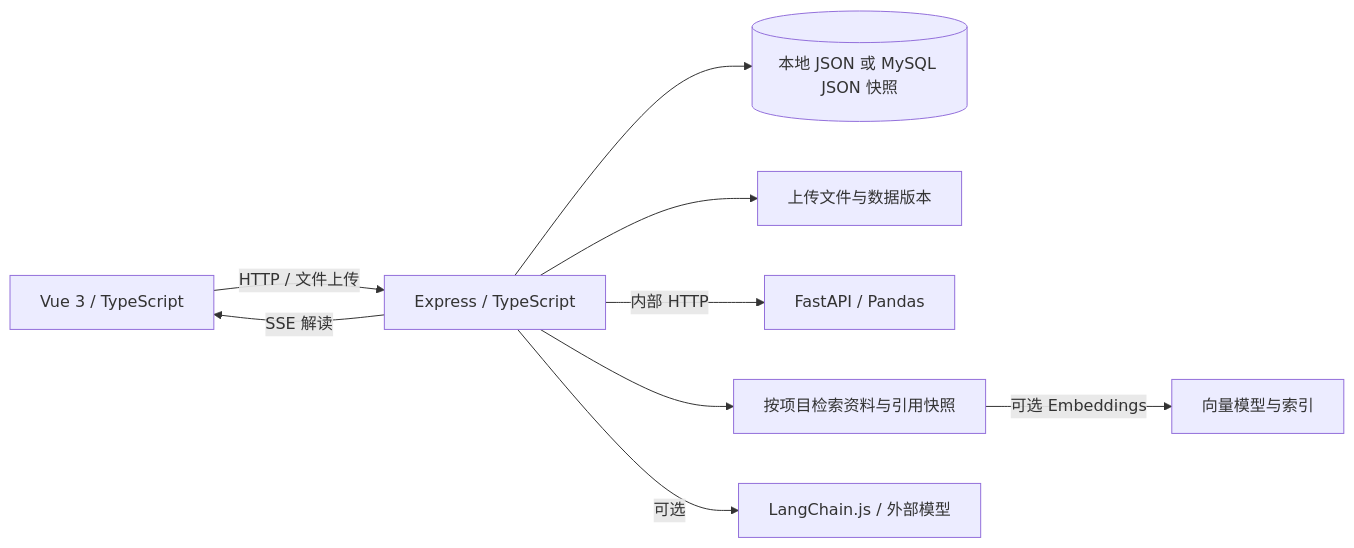
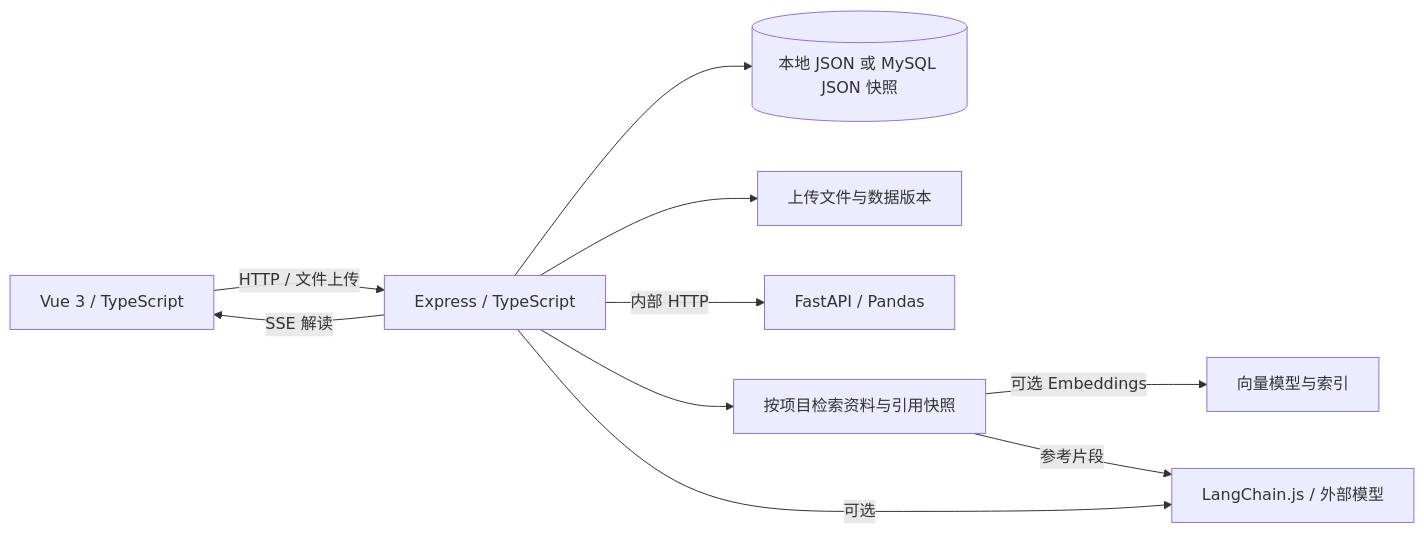
Before and after one commit to tao706/ai-data-workbench-open-source: the diagram in README.md, drawn with Mermaid. The commit also changed other lines of this file and 1 other file, not shown here.

Commit message:
Explain RAG workflow, retrieval modes and citations

````diff
--- a/README.md
+++ b/README.md
@@ -86,11 +101,12 @@
 ```mermaid
 flowchart LR
   Browser[Vue 3 / TypeScript] -->|HTTP / 文件上传| API[Express / TypeScript]
   API --> Store[(本地 JSON 或 MySQL JSON 快照)]
   API --> Files[上传文件与数据版本]
   API -->|内部 HTTP| Analysis[FastAPI / Pandas]
   API --> Retrieval[按项目检索资料与引用快照]
   Retrieval -->|可选 Embeddings| Vectors[向量模型与索引]
   API -->|可选| Model[LangChain.js / 外部模型]
+  Retrieval -->|参考片段| Model
   API -->|SSE 解读| Browser
 ```
````
